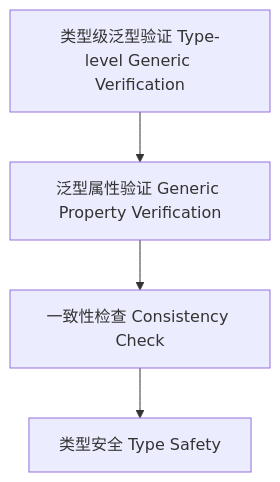
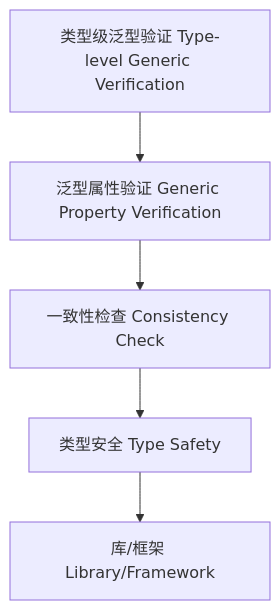
One commit to AdaMartin18010/haskell changed the diagram in docs/analysis/Type-Level/01-Generic-Verification.md. Above: the diagram before and after it, drawn with Mermaid. The commit also changed other lines of this file and 27 other files, not shown here.

````diff
--- a/docs/analysis/Type-Level/01-Generic-Verification.md
+++ b/docs/analysis/Type-Level/01-Generic-Verification.md
@@ -47,6 +53,7 @@
 ```mermaid
 graph TD
   A["类型级泛型验证 Type-level Generic Verification"] --> B["泛型属性验证 Generic Property Verification"]
   B --> C["一致性检查 Consistency Check"]
   C --> D["类型安全 Type Safety"]
+  D --> E["库/框架 Library/Framework"]
 ```
````
